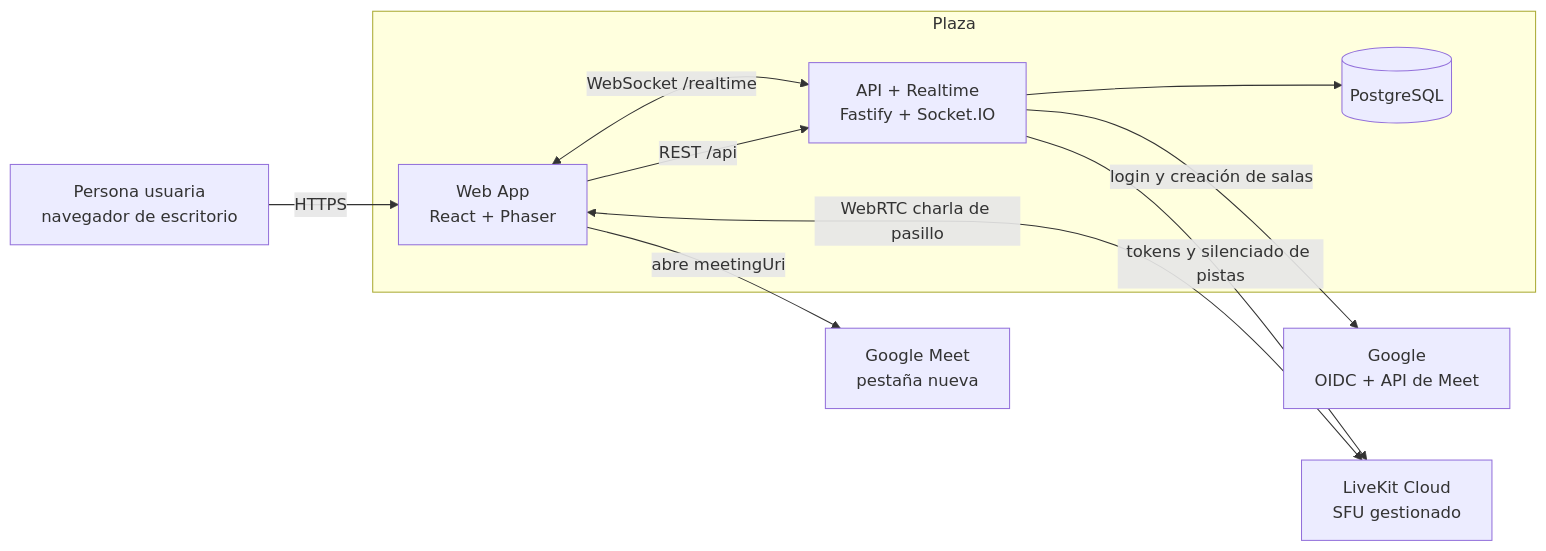
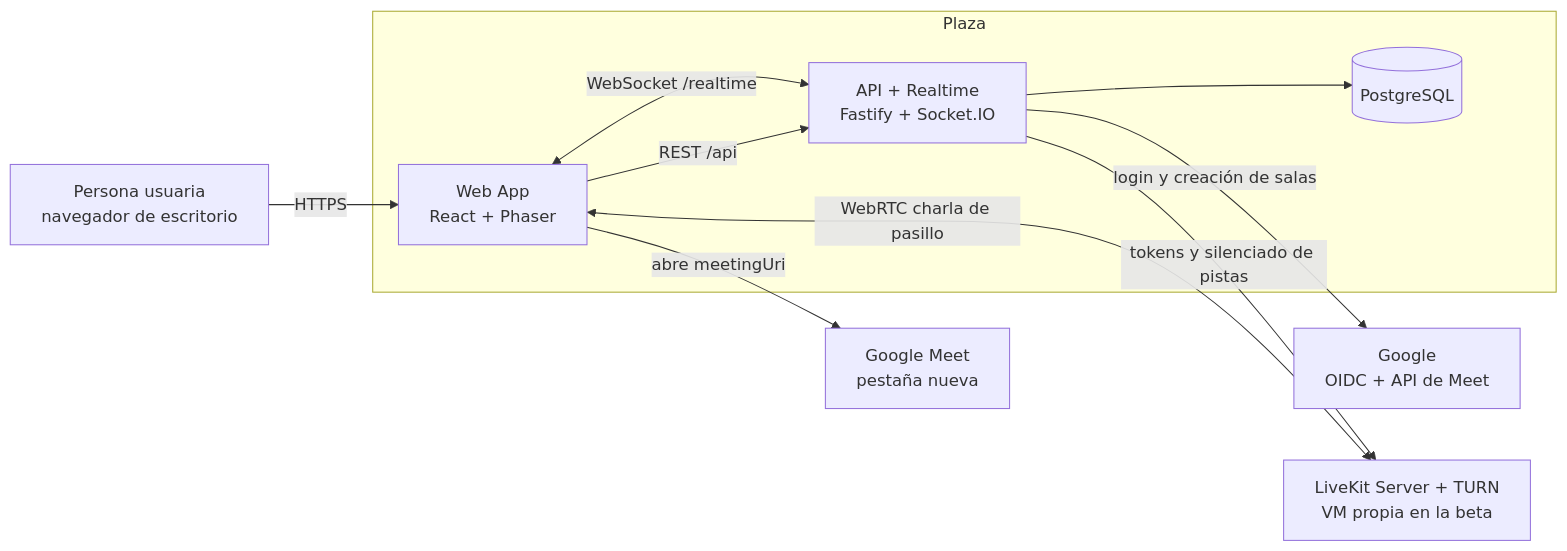
Before and after one commit to nesram5/html-course: the first of 4 diagrams in docs/virtual-office-mvp/02-arquitectura.md, drawn with Mermaid. The commit also changed other lines of this file and 7 other files, not shown here.

First line of the commit message:
docs: self-host LiveKit for the beta, keep LiveKit Cloud free tier for development

````diff
--- a/docs/virtual-office-mvp/02-arquitectura.md
+++ b/docs/virtual-office-mvp/02-arquitectura.md
@@ -21,21 +22,21 @@
 ```mermaid
 flowchart LR
     U[Persona usuaria<br/>navegador de escritorio]
     subgraph Plaza
       W[Web App<br/>React + Phaser]
       S[API + Realtime<br/>Fastify + Socket.IO]
       DB[(PostgreSQL)]
     end
     G[Google<br/>OIDC + API de Meet]
     M[Google Meet<br/>pestaña nueva]
-    L[LiveKit Cloud<br/>SFU gestionado]
+    L[LiveKit Server + TURN<br/>VM propia en la beta]
 
     U -->|HTTPS| W
     W -->|REST /api| S
     W <-->|WebSocket /realtime| S
     W <-->|WebRTC charla de pasillo| L
     W -->|abre meetingUri| M
     S -->|login y creación de salas| G
     S -->|tokens y silenciado de pistas| L
     S --> DB
 ```
````
